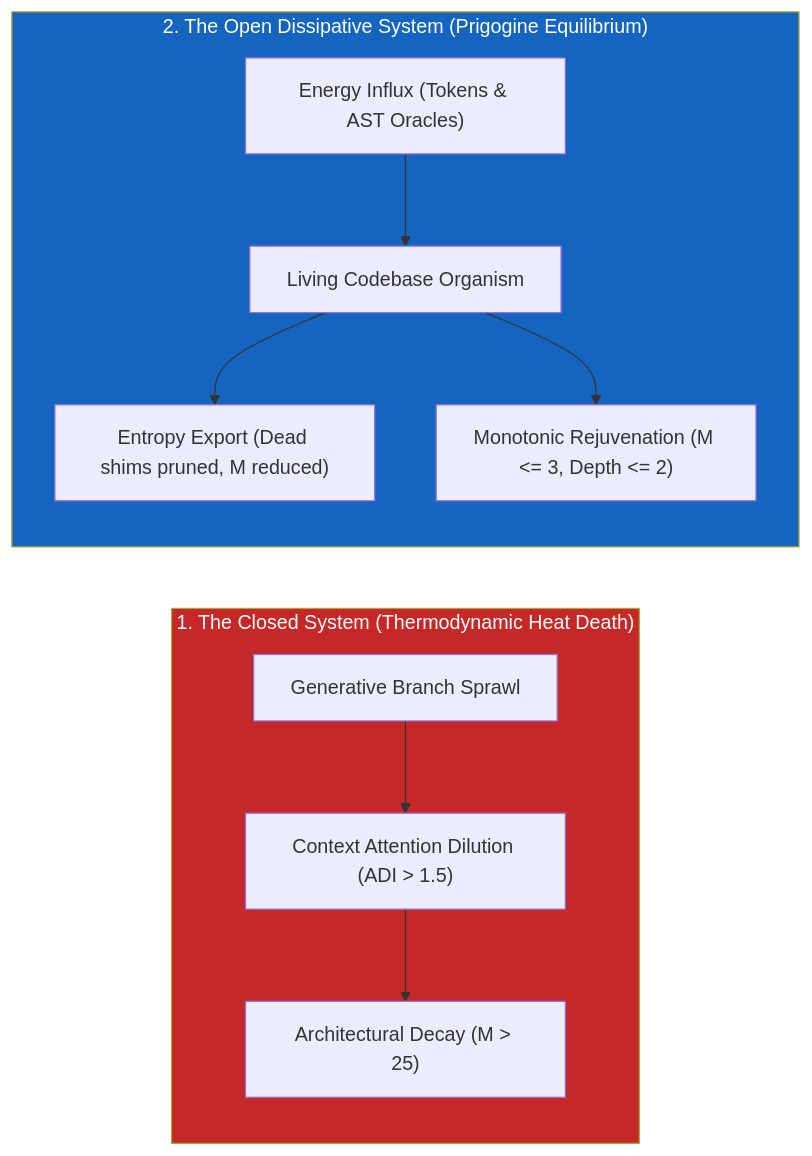
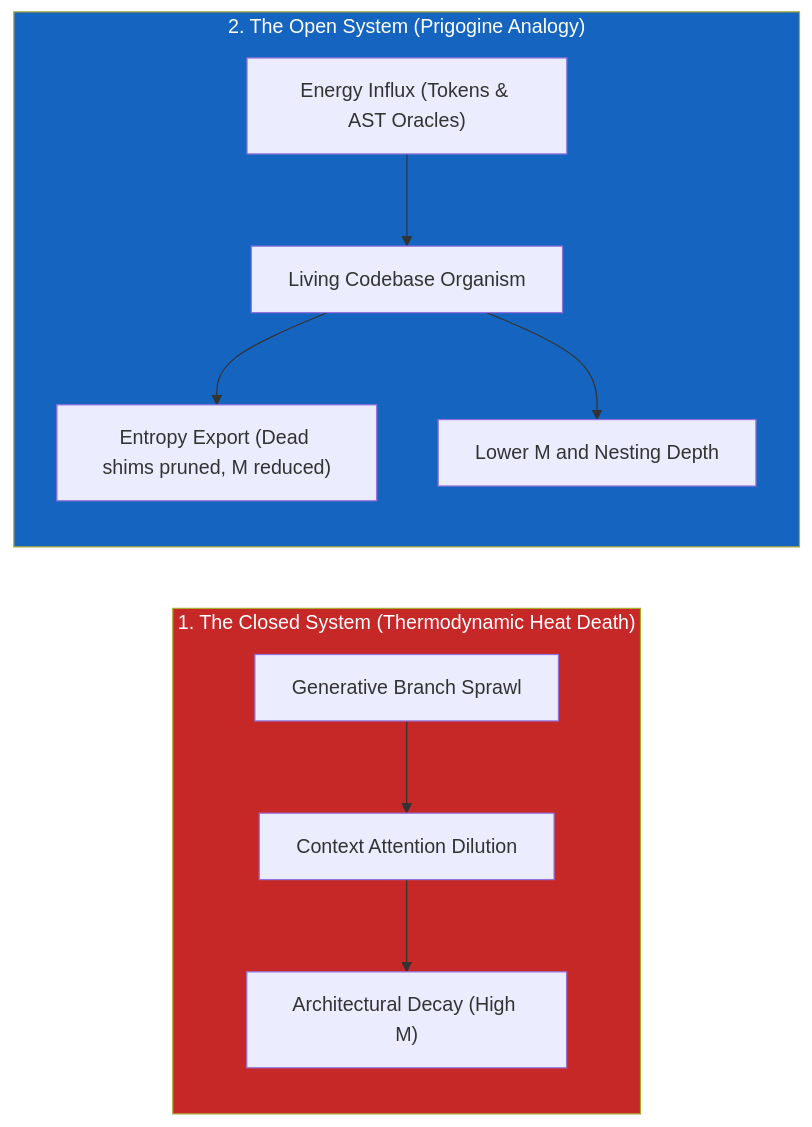
The first of 2 diagrams in observations/systems/49-dissipative-structures-and-allometric-metabolism-in-agentic-swarms.md (dan-petty/vibes), drawn with Mermaid before and after one commit. The commit also changed other lines of this file and 248 other files, not shown here.

````diff
--- a/observations/systems/49-dissipative-structures-and-allometric-metabolism-in-agentic-swarms.md
+++ b/observations/systems/49-dissipative-structures-and-allometric-metabolism-in-agentic-swarms.md
@@ -27,22 +27,22 @@
 ```mermaid
 flowchart LR
     classDef bad fill:#c62828,color:#fff
     classDef good fill:#1565c0,color:#fff
     classDef nature fill:#2e7d32,color:#fff
 
     subgraph ClosedPathology ["1. The Closed System (Thermodynamic Heat Death)"]
         direction TB
-        P1["Generative Branch Sprawl"] --> P2["Context Attention Dilution (ADI > 1.5)"]
-        P2 --> P3["Architectural Decay (M > 25)"]
+        P1["Generative Branch Sprawl"] --> P2["Context Attention Dilution"]
+        P2 --> P3["Architectural Decay (High M)"]
     end
 
-    subgraph DissipativeEngine ["2. The Open Dissipative System (Prigogine Equilibrium)"]
+    subgraph DissipativeEngine ["2. The Open System (Prigogine Analogy)"]
         direction TB
         E1["Energy Influx (Tokens & AST Oracles)"] --> E2["Living Codebase Organism"]
         E2 --> E3["Entropy Export (Dead shims pruned, M reduced)"]
-        E2 --> E4["Monotonic Rejuvenation (M <= 3, Depth <= 2)"]
+        E2 --> E4["Lower M and Nesting Depth"]
     end
 
     ClosedPathology:::bad
     DissipativeEngine:::good
 ```
````
